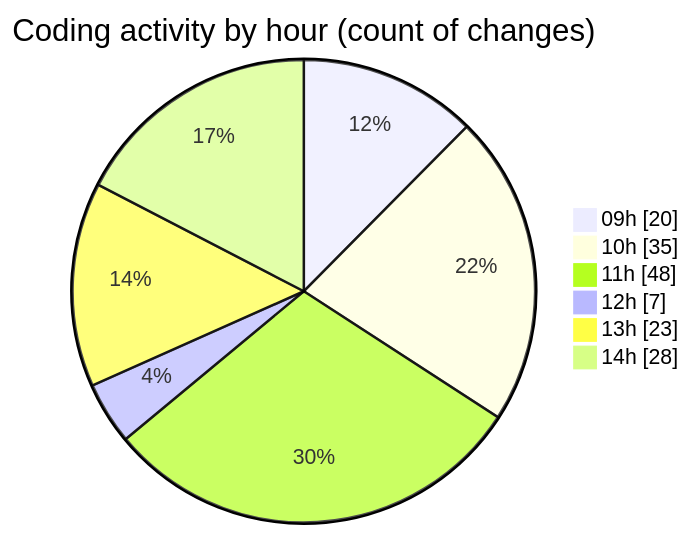
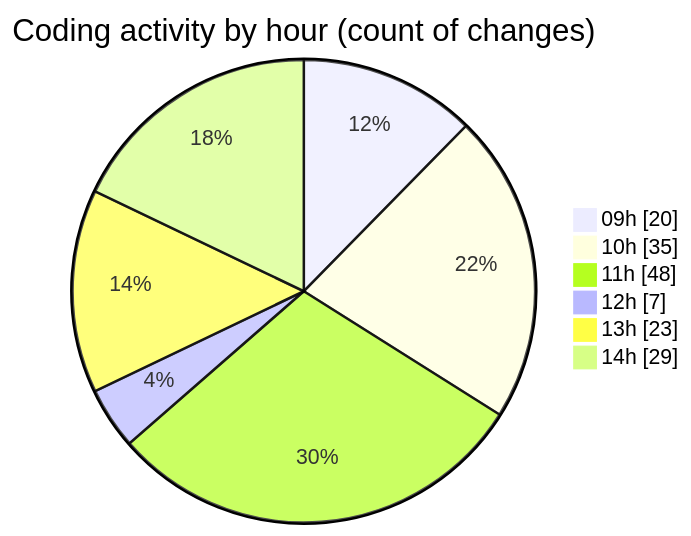
Before and after one commit to CELIANVF/code-tracking: the second of 2 diagrams in 2025-06-10/ecodeli-1/README.md, drawn with Mermaid. The commit also changed other lines of this file and 1 other file, not shown here.

````diff
--- a/2025-06-10/ecodeli-1/README.md
+++ b/2025-06-10/ecodeli-1/README.md
@@ -89,10 +89,10 @@
 ```mermaid
 pie showData
 title Coding activity by hour (count of changes)
 "09h" : 20
 "10h" : 35
 "11h" : 48
 "12h" : 7
 "13h" : 23
-"14h" : 28
+"14h" : 29
 ```
````
